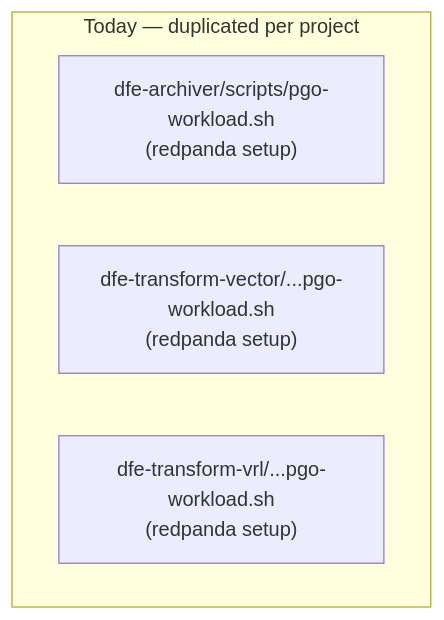
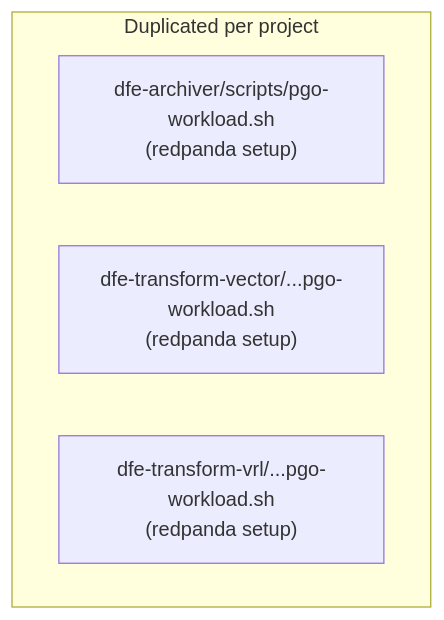
One commit to hyperi-io/hyperi-ci changed the first of 2 diagrams in docs/runtime/testenv.md. Above: the diagram before and after it, drawn with Mermaid. The commit also changed other lines of this file, not shown here.

````diff
--- a/docs/runtime/testenv.md
+++ b/docs/runtime/testenv.md
@@ -126,8 +111,8 @@
 ```mermaid
 flowchart TB
-  subgraph today["Today — duplicated per project"]
+  subgraph today["Duplicated per project"]
     A1["dfe-archiver/scripts/pgo-workload.sh<br/>(redpanda setup)"]
     A2["dfe-transform-vector/...pgo-workload.sh<br/>(redpanda setup)"]
     A3["dfe-transform-vrl/...pgo-workload.sh<br/>(redpanda setup)"]
   end
 ```
````
